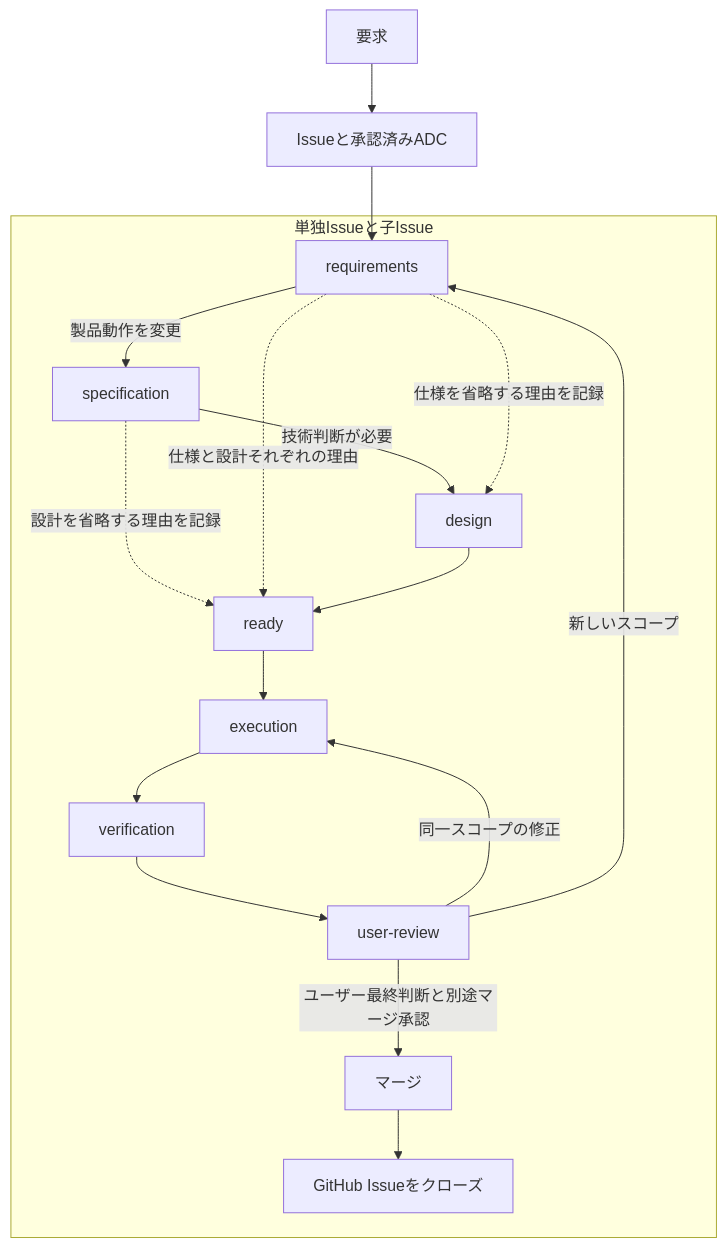
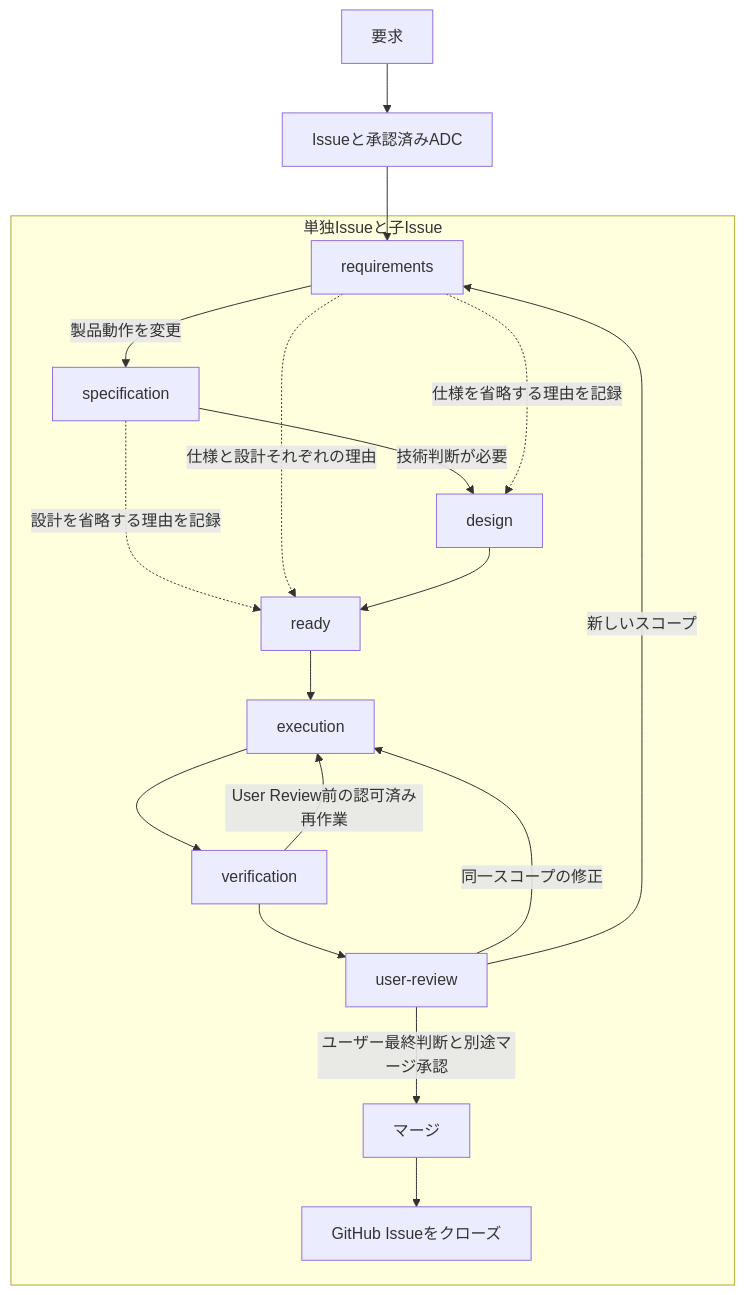
One commit to puchinya/ai-agent-workflow changed the diagram in README.ja.md. Above: the diagram before and after it, drawn with Mermaid. The commit also changed other lines of this file, not shown here.

Commit message:
docs(readme): show bounded verification correction before User Review (#79)

````diff
--- a/README.ja.md
+++ b/README.ja.md
@@ -15,20 +15,21 @@
 ```mermaid
 flowchart TD
   request[要求] --> issue[Issueと承認済みADC]
   issue --> req[requirements]
   subgraph child[単独Issueと子Issue]
     req -->|製品動作を変更| spec[specification]
     spec -->|技術判断が必要| design[design]
     req -.->|仕様を省略する理由を記録| design
     spec -.->|設計を省略する理由を記録| ready[ready]
     req -.->|仕様と設計それぞれの理由| ready
     design --> ready
     ready --> exec[execution]
     exec --> verify[verification]
+    verify -->|User Review前の認可済み再作業| exec
     verify --> review[user-review]
     review -->|同一スコープの修正| exec
     review -->|新しいスコープ| req
     review -->|ユーザー最終判断と別途マージ承認| merge[マージ]
     merge --> closed[GitHub Issueをクローズ]
   end
 ```
````
